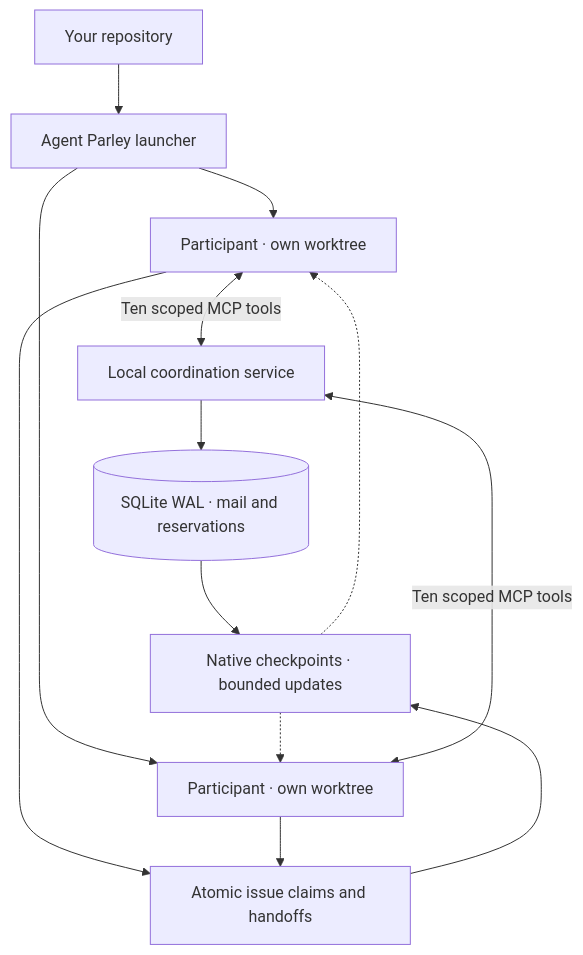
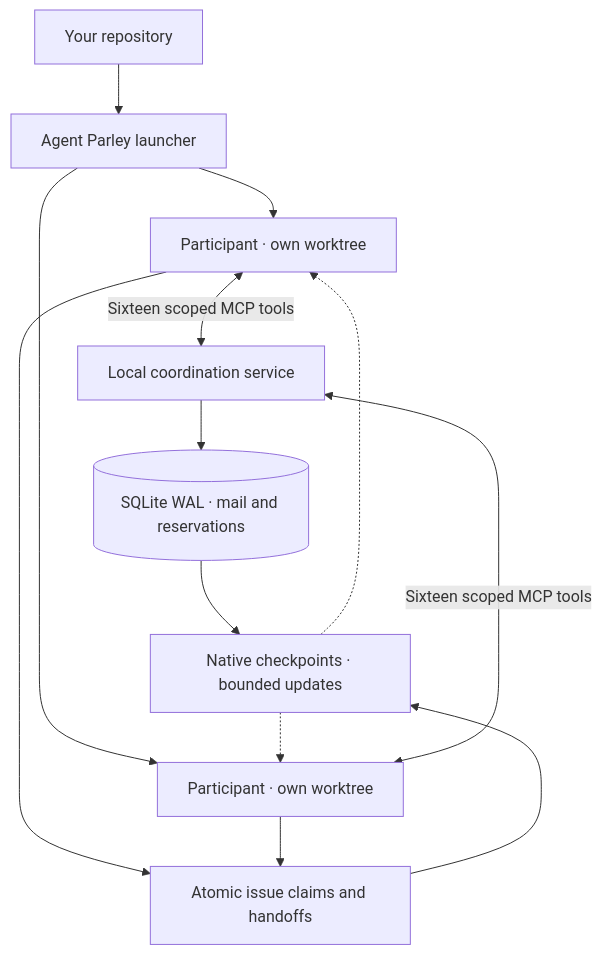
The diagram in README.md (suneel944/agent-bridge), drawn with Mermaid before and after one commit. The commit also changed other lines of this file and 36 other files, not shown here.

````diff
--- a/README.md
+++ b/README.md
@@ -262,15 +290,15 @@
 ```mermaid
 flowchart TD
     Repo[Your repository] --> Launcher[Agent Parley launcher]
     Launcher --> Claude[Participant · own worktree]
     Launcher --> Codex[Participant · own worktree]
-    Claude <-->|Ten scoped MCP tools| Server[Local coordination service]
-    Codex <-->|Ten scoped MCP tools| Server
+    Claude <-->|Sixteen scoped MCP tools| Server[Local coordination service]
+    Codex <-->|Sixteen scoped MCP tools| Server
     Server --> DB[(SQLite WAL · mail and reservations)]
     Claude --> Claims[Atomic issue claims and handoffs]
     Codex --> Claims
     DB --> Hooks[Native checkpoints · bounded updates]
     Claims --> Hooks
     Hooks -.-> Claude
     Hooks -.-> Codex
 ```
````
